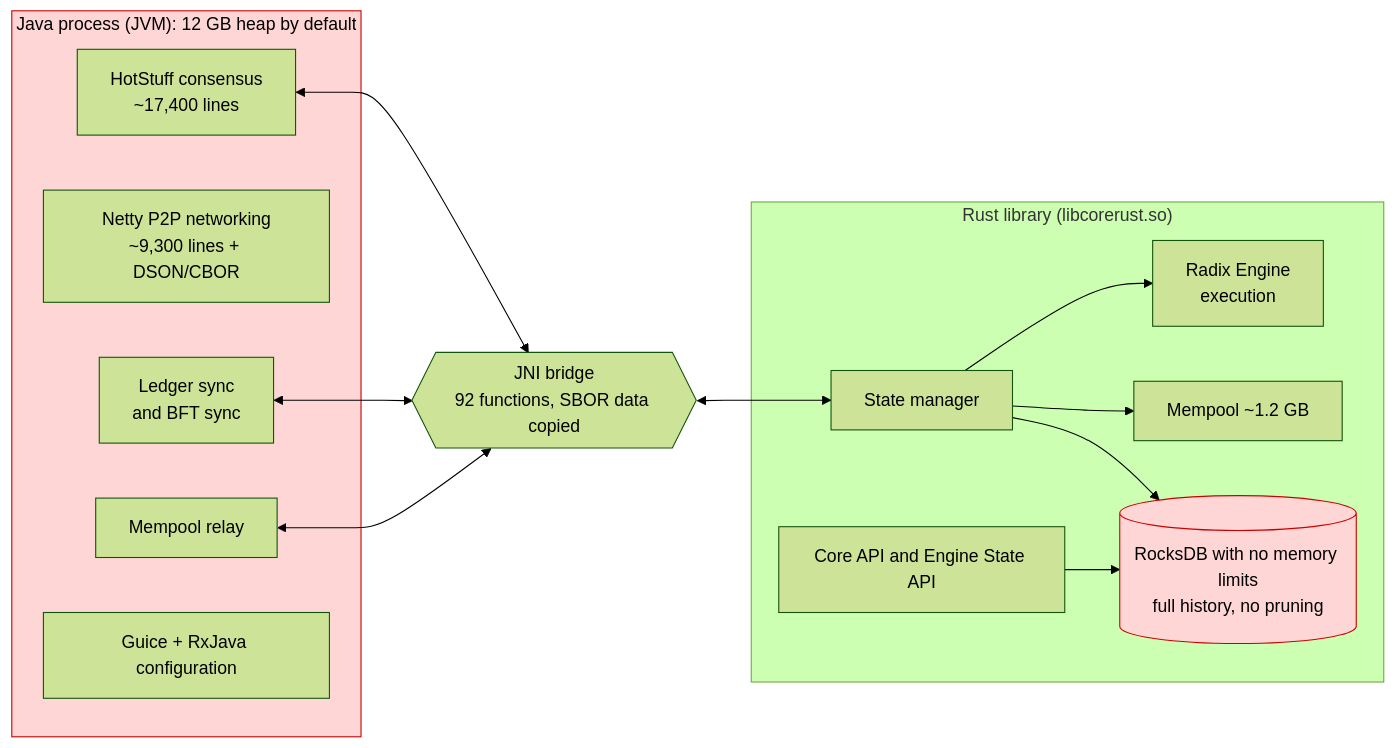
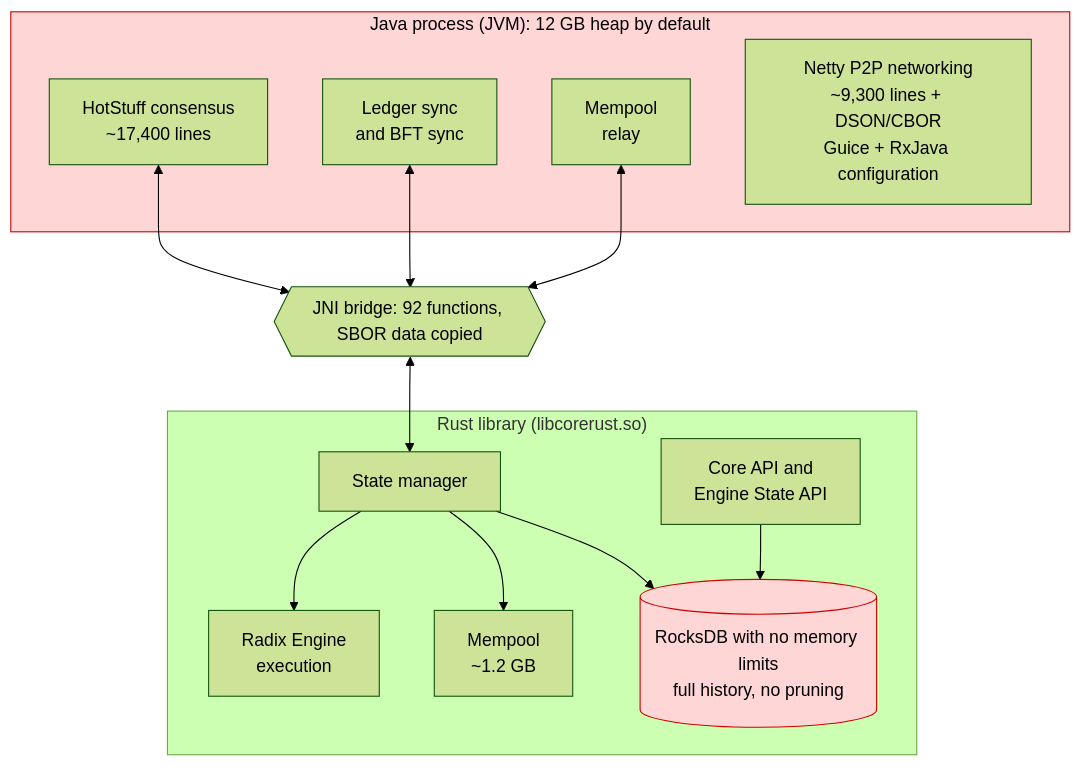
One commit to dazligth/radix-decentralization-roadmap changed the first of 4 diagrams in docs/en/09-lighter-nodes.md. Above: the diagram before and after it, drawn with Mermaid (forest theme). The commit also changed other lines of this file and 9 other files, not shown here.

First line of the commit message:
Redesign diagrams for readability on GitHub

````diff
--- a/docs/en/09-lighter-nodes.md
+++ b/docs/en/09-lighter-nodes.md
@@ -53,28 +53,27 @@
 ```mermaid
-flowchart LR
+flowchart TB
     subgraph JVM["Java process (JVM): 12 GB heap by default"]
         CONS["HotStuff consensus<br/>~17,400 lines"]
-        P2P["Netty P2P networking<br/>~9,300 lines + DSON/CBOR"]
         SYNC["Ledger sync<br/>and BFT sync"]
-        REL["Mempool relay"]
-        CFG["Guice + RxJava configuration"]
+        REL["Mempool<br/>relay"]
+        P2P["Netty P2P networking<br/>~9,300 lines + DSON/CBOR<br/>Guice + RxJava configuration"]
     end
-    JNI{{"JNI bridge<br/>92 functions, SBOR data copied"}}
+    JNI{{"JNI bridge: 92 functions, SBOR data copied"}}
     subgraph RUST["Rust library (libcorerust.so)"]
+        SM["State manager"]
         ENG["Radix Engine<br/>execution"]
-        SM["State manager"]
-        MP["Mempool ~1.2 GB"]
-        API["Core API and Engine State API"]
+        MP["Mempool<br/>~1.2 GB"]
         DB[("RocksDB with no memory limits<br/>full history, no pruning")]
+        API["Core API and<br/>Engine State API"]
     end
     CONS <--> JNI
     SYNC <--> JNI
     REL <--> JNI
     JNI <--> SM
     SM --> ENG
+    SM --> MP
     SM --> DB
-    SM --> MP
     API --> DB
     classDef heavy fill:#ffd6d6,stroke:#c00,color:#000
     class JVM,DB heavy
 ```
````
